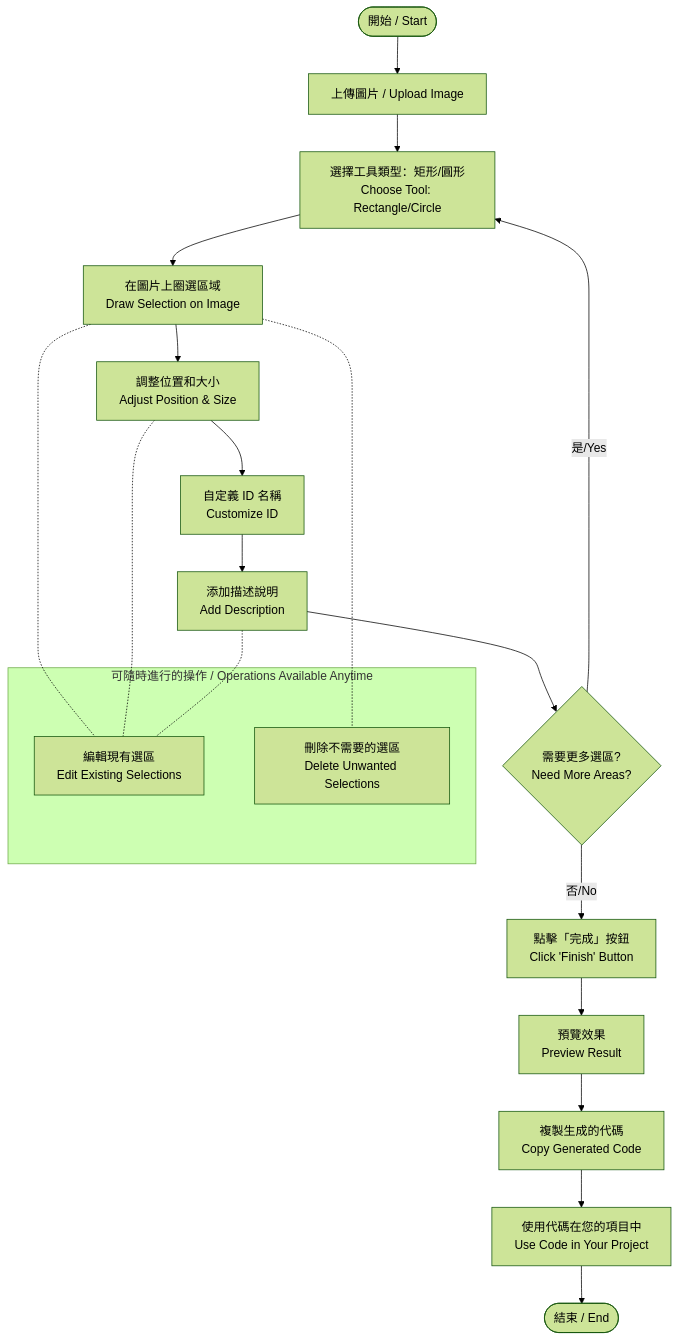
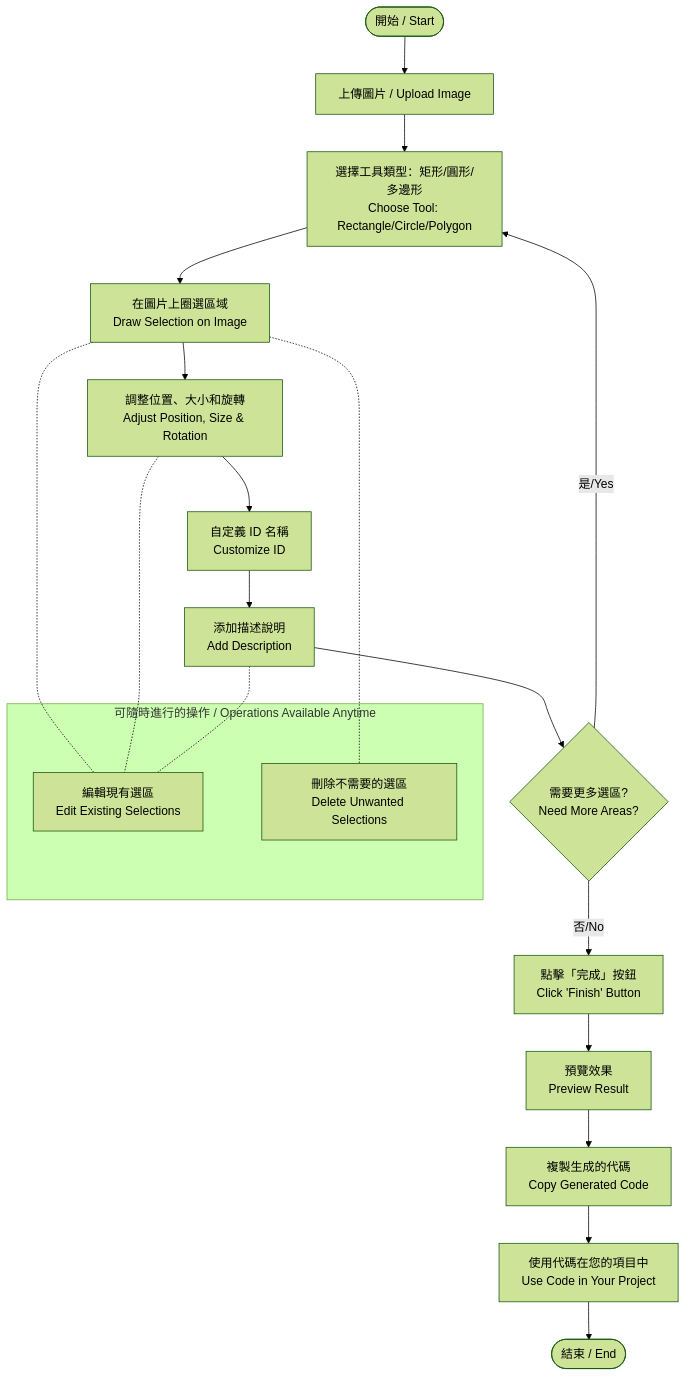
The diagram in README.md (siaumau/imgeletor2dom), drawn with Mermaid (forest theme) before and after one commit. The commit also changed other lines of this file, not shown here.

````diff
--- a/README.md
+++ b/README.md
@@ -22,28 +23,28 @@
 ```mermaid
 flowchart TD
     Start([開始 / Start]) --> UploadImg[上傳圖片 / Upload Image]
-    UploadImg --> SelectTool[選擇工具類型：矩形/圓形<br/>Choose Tool: Rectangle/Circle]
+    UploadImg --> SelectTool[選擇工具類型：矩形/圓形/多邊形<br/>Choose Tool: Rectangle/Circle/Polygon]
     SelectTool --> DrawShape[在圖片上圈選區域<br/>Draw Selection on Image]
-    DrawShape --> AdjustPosition[調整位置和大小<br/>Adjust Position & Size]
+    DrawShape --> AdjustPosition[調整位置、大小和旋轉<br/>Adjust Position, Size & Rotation]
     AdjustPosition --> CustomizeID[自定義 ID 名稱<br/>Customize ID]
     CustomizeID --> AddDesc[添加描述說明<br/>Add Description]
     
     AddDesc --> MoreAreas{需要更多選區?<br/>Need More Areas?}
     MoreAreas -- 是/Yes --> SelectTool
     
     MoreAreas -- 否/No --> ClickFinish[點擊「完成」按鈕<br/>Click 'Finish' Button]
     ClickFinish --> PreviewResult[預覽效果<br/>Preview Result]
     PreviewResult --> CopyCode[複製生成的代碼<br/>Copy Generated Code]
     CopyCode --> UseCode[使用代碼在您的項目中<br/>Use Code in Your Project]
     UseCode --> End([結束 / End])
     
     subgraph 可隨時進行的操作 / Operations Available Anytime
     EditExisting[編輯現有選區<br/>Edit Existing Selections]
     DeleteUnwanted[刪除不需要的選區<br/>Delete Unwanted Selections]
     end
     
     DrawShape -.- EditExisting
     AdjustPosition -.- EditExisting
     AddDesc -.- EditExisting
     DrawShape -.- DeleteUnwanted
 ```
````
